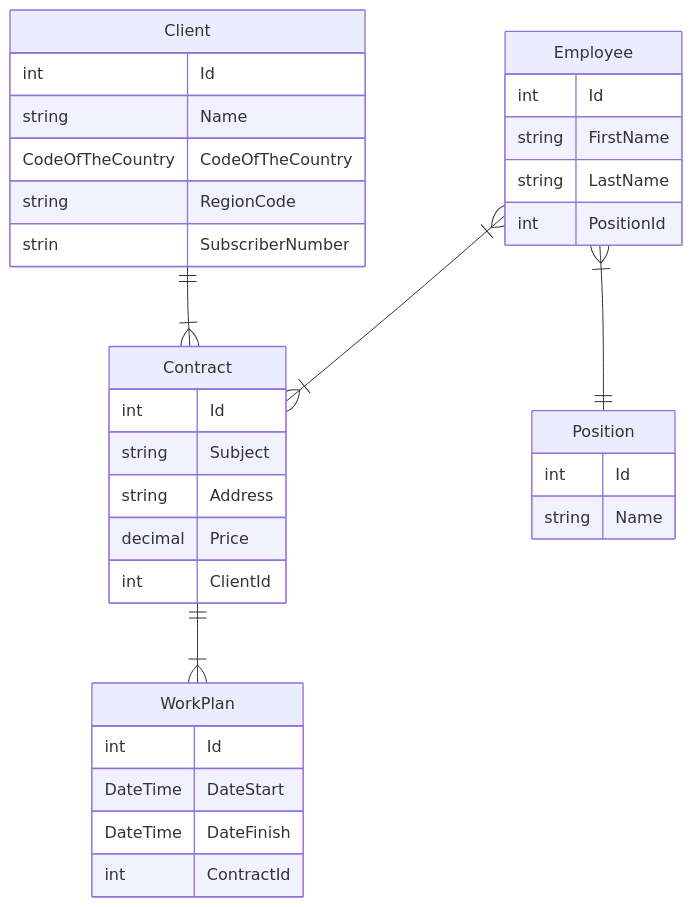
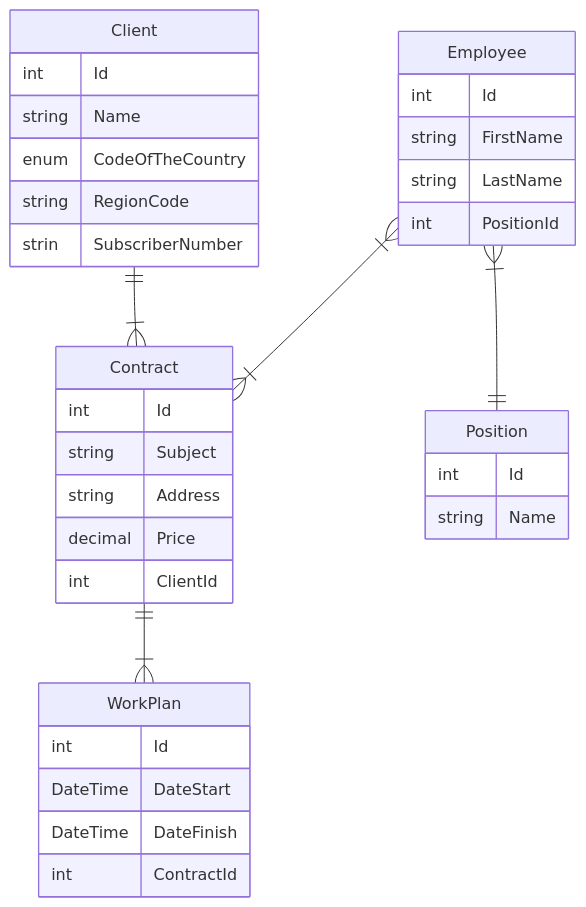
One commit to KondratenkoDV/CRM changed the diagram in README.md. Above: the diagram before and after it, drawn with Mermaid.

````diff
--- a/README.md
+++ b/README.md
@@ -1,42 +1,42 @@
 ```mermaid
 erDiagram
   Employee }|--|{ Contract : ""
   Client ||--|{ Contract : ""
   Contract ||--|{ WorkPlan : ""
   Employee }|--|| Position : ""
   
   Employee{
       int Id
       string FirstName
       string LastName
       int PositionId
   }
 
   Client{
       int Id
       string Name
-      СodeOfTheCountry СodeOfTheCountry
+      enum CodeOfTheCountry
       string RegionCode
       strin SubscriberNumber
   }
 
   Contract{
       int Id
       string Subject
       string Address
       decimal Price
       int ClientId
   }
 
   WorkPlan{
       int Id
       DateTime DateStart
       DateTime DateFinish
       int ContractId
   }
   
   Position{
       int Id
       string Name
   }
   ```
````
